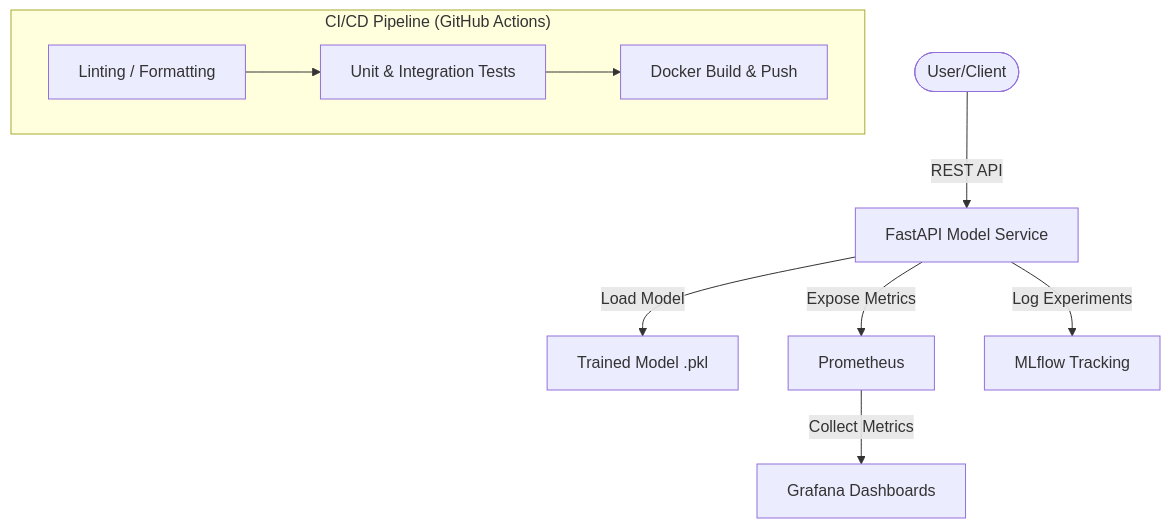
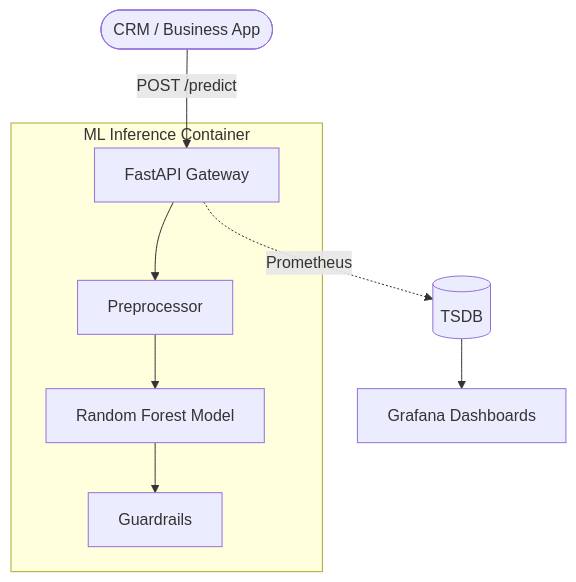
One commit to bachnhan/msa24-ddm501-group6-final-project changed the diagram in README.md. Above: the diagram before and after it, drawn with Mermaid. The commit also changed other lines of this file and 19 other files, not shown here.

````diff
--- a/README.md
+++ b/README.md
@@ -20,13 +19,11 @@
 ```mermaid
 graph TD
-    User([User/Client]) -->|REST API| FastAPI[FastAPI Model Service]
-    FastAPI -->|Load Model| Pickle[Trained Model .pkl]
-    FastAPI -->|Expose Metrics| Prometheus[Prometheus]
-    Prometheus -->|Collect Metrics| Grafana[Grafana Dashboards]
-    FastAPI -->|Log Experiments| MLflow[MLflow Tracking]
-    
-    subgraph "CI/CD Pipeline (GitHub Actions)"
-        Lint[Linting / Formatting] --> Tests[Unit & Integration Tests]
-        Tests --> Build[Docker Build & Push]
+    User([CRM / Business App]) -->|POST /predict| LB[FastAPI Gateway]
+    subgraph "ML Inference Container"
+        LB --> PP[Preprocessor]
+        PP --> RF[Random Forest Model]
+        RF --> GU[Guardrails]
     end
+    LB -.->|Prometheus| LOGS[(TSDB)]
+    LOGS --> GRAF[Grafana Dashboards]
 ```
````
